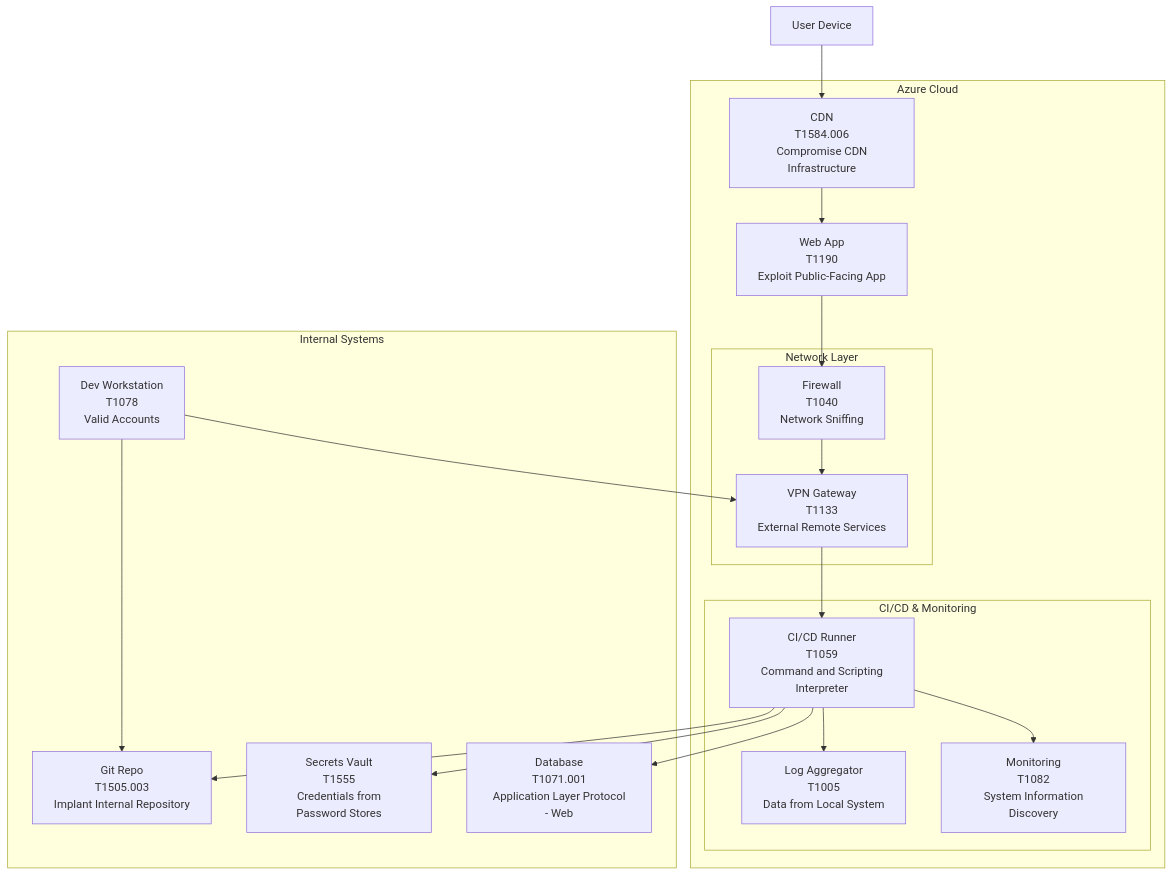
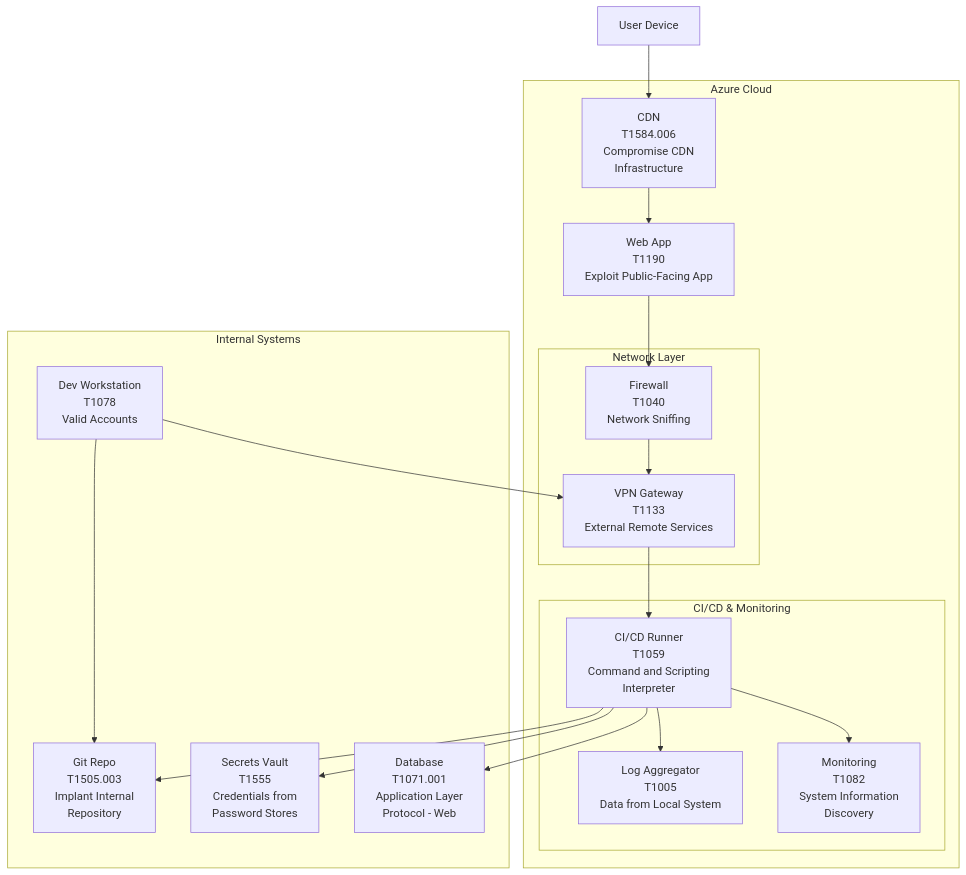
One commit to cassmastern/lers-sandbox changed the diagram in docs/sec_net-sec/network_data_center_mitre.md. Above: the diagram before and after it, drawn with Mermaid. The commit also changed 107 other files, not shown here.

Commit message:
Diagram improvements and other minor tweaks

````diff
--- a/docs/sec_net-sec/network_data_center_mitre.md
+++ b/docs/sec_net-sec/network_data_center_mitre.md
@@ -15,47 +15,47 @@
 ```mermaid
 graph TB
     accTitle: MITRE ATT&CK annotated network diagram
     accDescr: MITRE ATT&CK annotated network diagram showing user device connecting to Azure Cloud containing CDN with T1584.006 technique, Web App with T1190 exploit technique, network layer with firewall T1040 network sniffing and VPN gateway T1133 external remote services, CI/CD and monitoring components with T1059 command scripting, T1005 data collection, and T1082 system discovery techniques. Internal systems show dev workstation T1078 valid accounts, Git repo T1505.003 repository implant, secrets vault T1555 credential access, and database T1071.001 application layer protocol techniques.
     User[User Device]
     
     subgraph "Azure Cloud"
-        CDN[CDN<br>T1584.006<br> Compromise CDN Infrastructure]
+        CDN[CDN<br>T1584.006<br> Compromise CDN<br> Infrastructure]
         WA[Web App<br>T1190<br> Exploit Public-Facing App]
         
         subgraph "Network Layer"
             FW[Firewall<br>T1040<br> Network Sniffing]
             VPN[VPN Gateway<br>T1133<br> External Remote Services]
         end
         
         subgraph "CI/CD & Monitoring"
-            CI[CI/CD Runner<br>T1059<br> Command and Scripting Interpreter]
+            CI[CI/CD Runner<br>T1059<br> Command and Scripting<br> Interpreter]
             Logs[Log Aggregator<br>T1005<br> Data from Local System]
-            Monitor[Monitoring<br>T1082<br> System Information Discovery]
+            Monitor[Monitoring<br>T1082<br> System Information<br> Discovery]
         end
     end
     
     subgraph "Internal Systems"
         Dev[Dev Workstation<br>T1078<br> Valid Accounts]
-        Repo[Git Repo<br>T1505.003<br> Implant Internal Repository]
-        Secrets[Secrets Vault<br>T1555<br> Credentials from Password Stores]
-        DB[Database<br>T1071.001<br> Application Layer Protocol - Web]
+        Repo[Git Repo<br>T1505.003<br> Implant Internal<br> Repository]
+        Secrets[Secrets Vault<br>T1555<br> Credentials from<br> Password Stores]
+        DB[Database<br>T1071.001<br> Application Layer<br> Protocol - Web]
     end
 
     %% Main flow connections
     User --> CDN
     CDN --> WA
     WA --> FW
     FW --> VPN
     
     %% CI/CD connections
     VPN --> CI
     CI --> Logs
     CI --> Monitor
     CI --> Repo
     CI --> Secrets
     CI --> DB
     
     %% Dev connections
     Dev --> VPN
     Dev --> Repo
 ```
````
